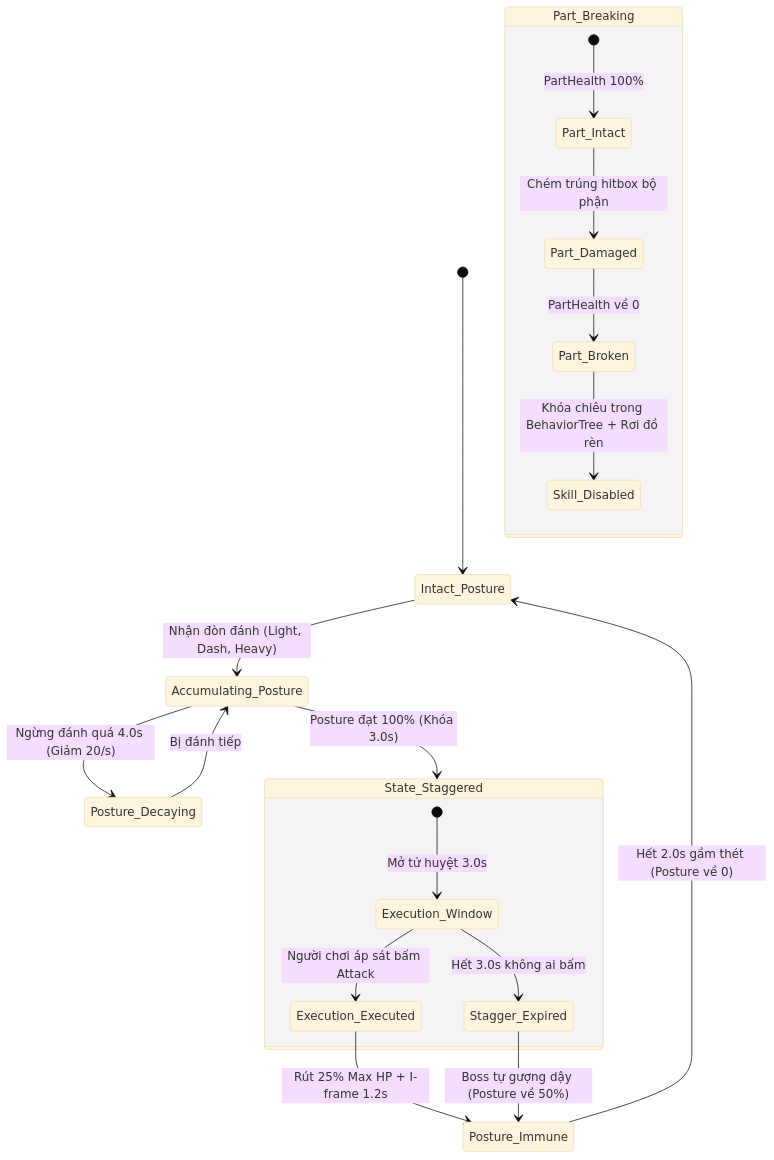
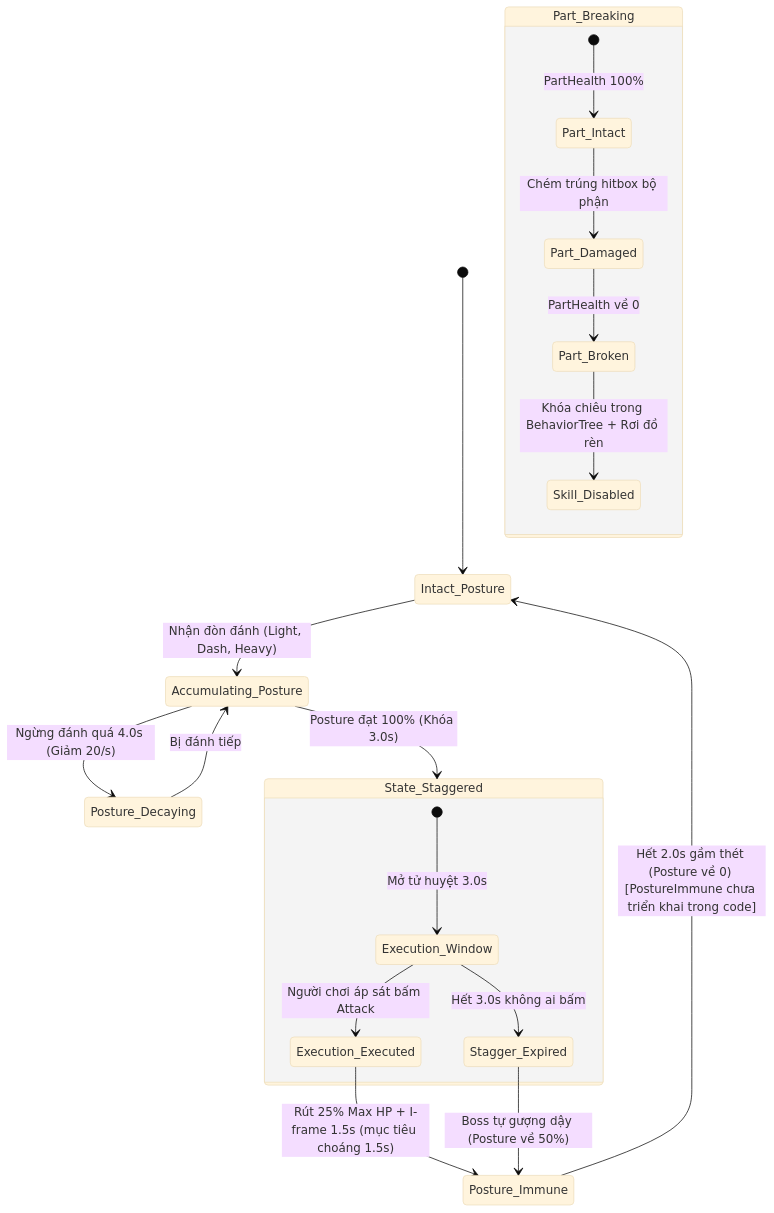
One commit to kenzings-ng/ProjectAscendant changed the diagram in design/gdd/stagger-system.md. Above: the diagram before and after it, drawn with Mermaid (base theme). The commit also changed other lines of this file and 22 other files, not shown here.

````diff
--- a/design/gdd/stagger-system.md
+++ b/design/gdd/stagger-system.md
@@ -63,25 +66,25 @@
 ```mermaid
 stateDiagram-v2
     [*] --> Intact_Posture
     Intact_Posture --> Accumulating_Posture: Nhận đòn đánh (Light, Dash, Heavy)
     Accumulating_Posture --> Posture_Decaying: Ngừng đánh quá 4.0s (Giảm 20/s)
     Posture_Decaying --> Accumulating_Posture: Bị đánh tiếp
     Accumulating_Posture --> State_Staggered: Posture đạt 100% (Khóa 3.0s)
 
     state State_Staggered {
         [*] --> Execution_Window: Mở tử huyệt 3.0s
         Execution_Window --> Execution_Executed: Người chơi áp sát bấm Attack
         Execution_Window --> Stagger_Expired: Hết 3.0s không ai bấm
     }
 
-    Execution_Executed --> Posture_Immune: Rút 25% Max HP + I-frame 1.2s
+    Execution_Executed --> Posture_Immune: Rút 25% Max HP + I-frame 1.5s (mục tiêu choáng 1.5s)
     Stagger_Expired --> Posture_Immune: Boss tự gượng dậy (Posture về 50%)
-    Posture_Immune --> Intact_Posture: Hết 2.0s gầm thét (Posture về 0)
+    Posture_Immune --> Intact_Posture: Hết 2.0s gầm thét (Posture về 0) [PostureImmune chưa triển khai trong code]
 
     state Part_Breaking {
         [*] --> Part_Intact: PartHealth 100%
         Part_Intact --> Part_Damaged: Chém trúng hitbox bộ phận
         Part_Damaged --> Part_Broken: PartHealth về 0
         Part_Broken --> Skill_Disabled: Khóa chiêu trong BehaviorTree + Rơi đồ rèn
     }
 ```
````
